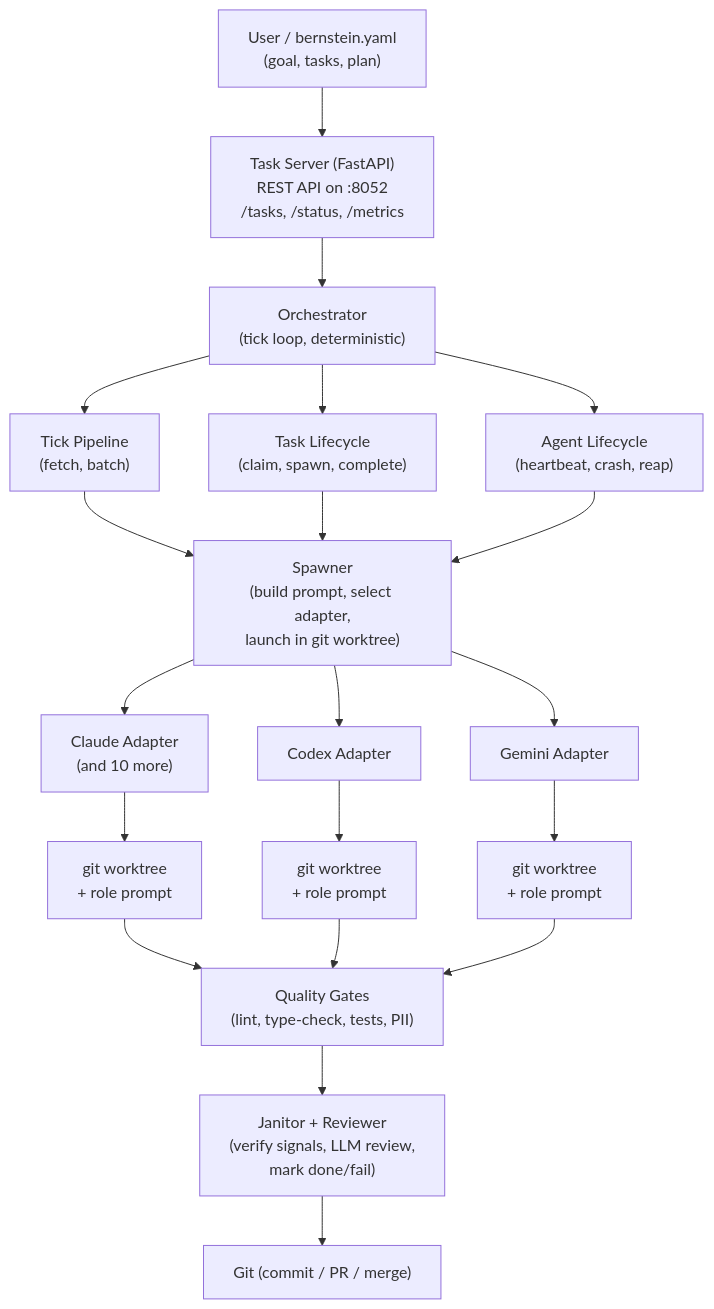
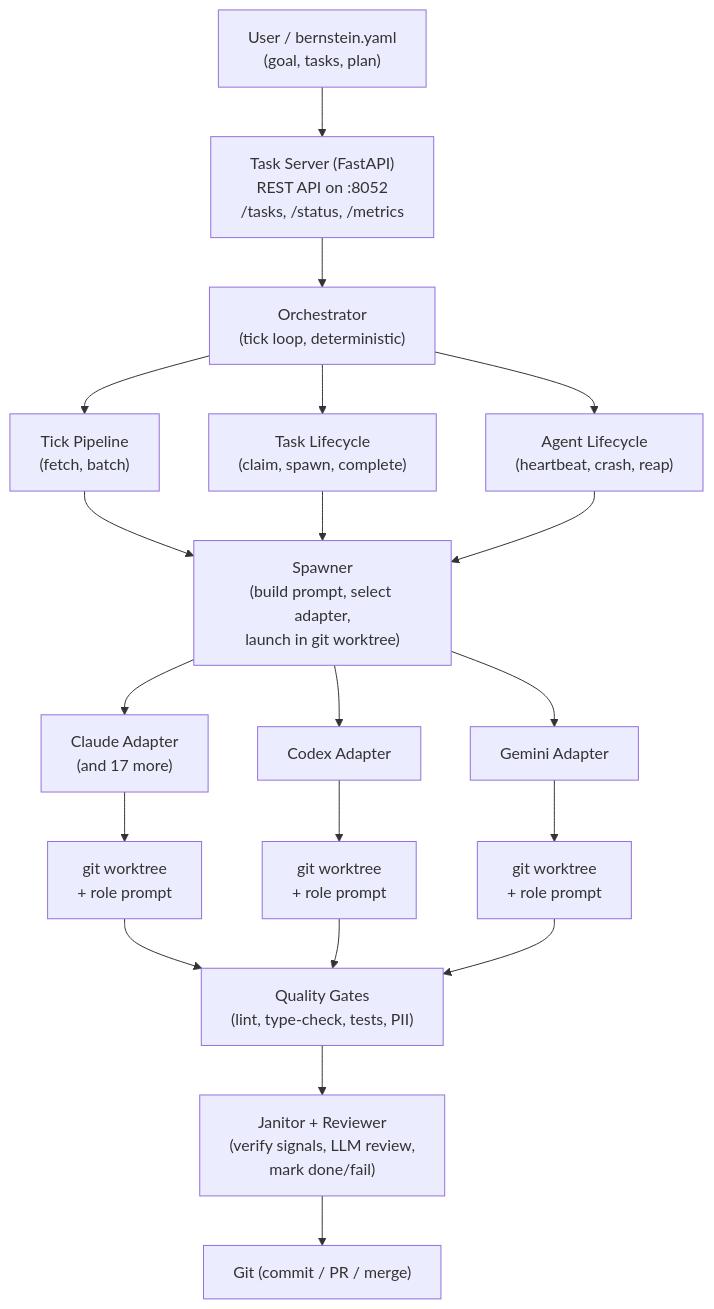
The diagram in docs/ARCHITECTURE.md (sipyourdrink-ltd/bernstein), drawn with Mermaid before and after one commit. The commit also changed other lines of this file and 5 other files, not shown here.

First line of the commit message:
docs: update ARCHITECTURE, DESIGN, GETTING_STARTED, CONFIG to match current code

````diff
--- a/docs/ARCHITECTURE.md
+++ b/docs/ARCHITECTURE.md
@@ -13,28 +13,28 @@
 ```mermaid
 graph TD
     User["User / bernstein.yaml\n(goal, tasks, plan)"]
     TaskServer["Task Server (FastAPI)\nREST API on :8052\n/tasks, /status, /metrics"]
     Orch["Orchestrator\n(tick loop, deterministic)"]
     TP["Tick Pipeline\n(fetch, batch)"]
     TL["Task Lifecycle\n(claim, spawn, complete)"]
     AL["Agent Lifecycle\n(heartbeat, crash, reap)"]
     Spawner["Spawner\n(build prompt, select adapter,\nlaunch in git worktree)"]
-    Claude["Claude Adapter\n(and 10 more)"]
+    Claude["Claude Adapter\n(and 17 more)"]
     Codex["Codex Adapter"]
     Gemini["Gemini Adapter"]
     WT1["git worktree\n+ role prompt"]
     WT2["git worktree\n+ role prompt"]
     WT3["git worktree\n+ role prompt"]
     QG["Quality Gates\n(lint, type-check, tests, PII)"]
     Janitor["Janitor + Reviewer\n(verify signals, LLM review,\nmark done/fail)"]
     Git["Git (commit / PR / merge)"]
 
     User --> TaskServer --> Orch
     Orch --> TP & TL & AL
     TP & TL & AL --> Spawner
     Spawner --> Claude & Codex & Gemini
     Claude --> WT1
     Codex --> WT2
     Gemini --> WT3
     WT1 & WT2 & WT3 --> QG --> Janitor --> Git
 ```
````
